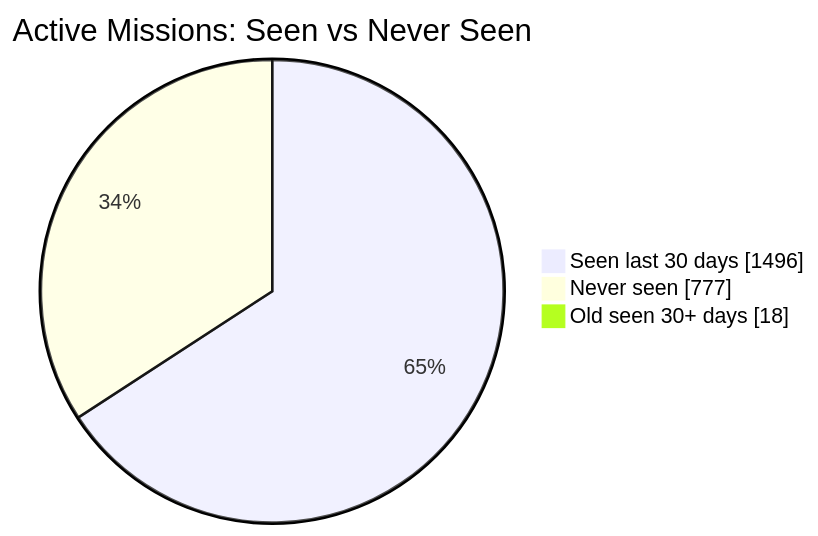
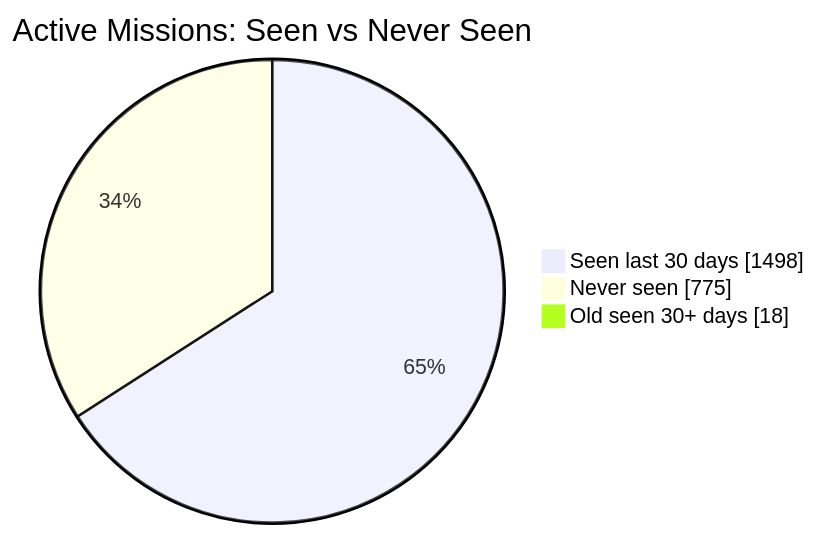
The first of 2 diagrams in README.md (MeldkamerspelGameTeam/active-missions), drawn with Mermaid before and after one commit. The commit also changed other lines of this file and 2 other files, not shown here.

````diff
--- a/README.md
+++ b/README.md
@@ -34,7 +34,7 @@
 ```mermaid
 pie showData
     title Active Missions: Seen vs Never Seen
-    "Seen last 30 days" : 1496
-    "Never seen" : 777
+    "Seen last 30 days" : 1498
+    "Never seen" : 775
     "Old seen 30+ days" : 18
 ```
````
